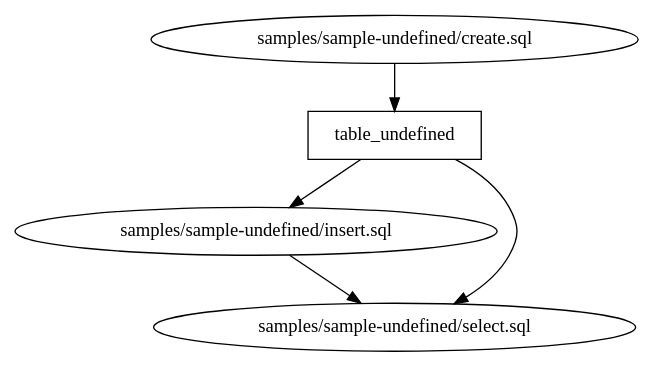
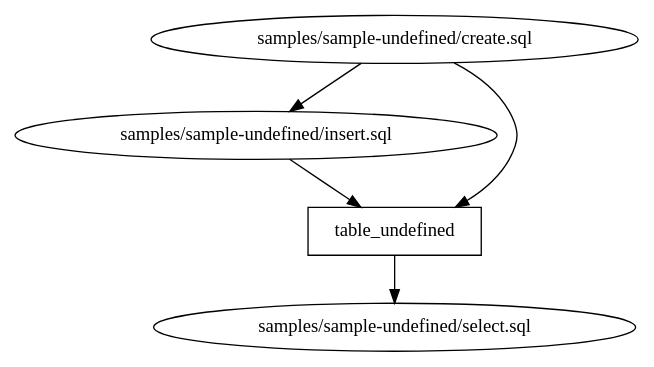
One commit to Matts966/alphasql changed the diagram in samples/sample-undefined/side_effect_first_with_tables/dag.dot. Above: the diagram before and after it, drawn with Graphviz. The commit also changed 8 other files, not shown here.

```diff
--- a/samples/sample-undefined/side_effect_first_with_tables/dag.dot
+++ b/samples/sample-undefined/side_effect_first_with_tables/dag.dot
@@ -1,10 +1,10 @@
 digraph G {
 0 [label="samples/sample-undefined/create.sql", shape="", type=query];
 1 [label="samples/sample-undefined/insert.sql", shape="", type=query];
 2 [label="samples/sample-undefined/select.sql", shape="", type=query];
 3 [label=table_undefined, shape=box, type=table];
+0->1 ;
 0->3 ;
-1->2 ;
-3->1 ;
+1->3 ;
 3->2 ;
 }
```
